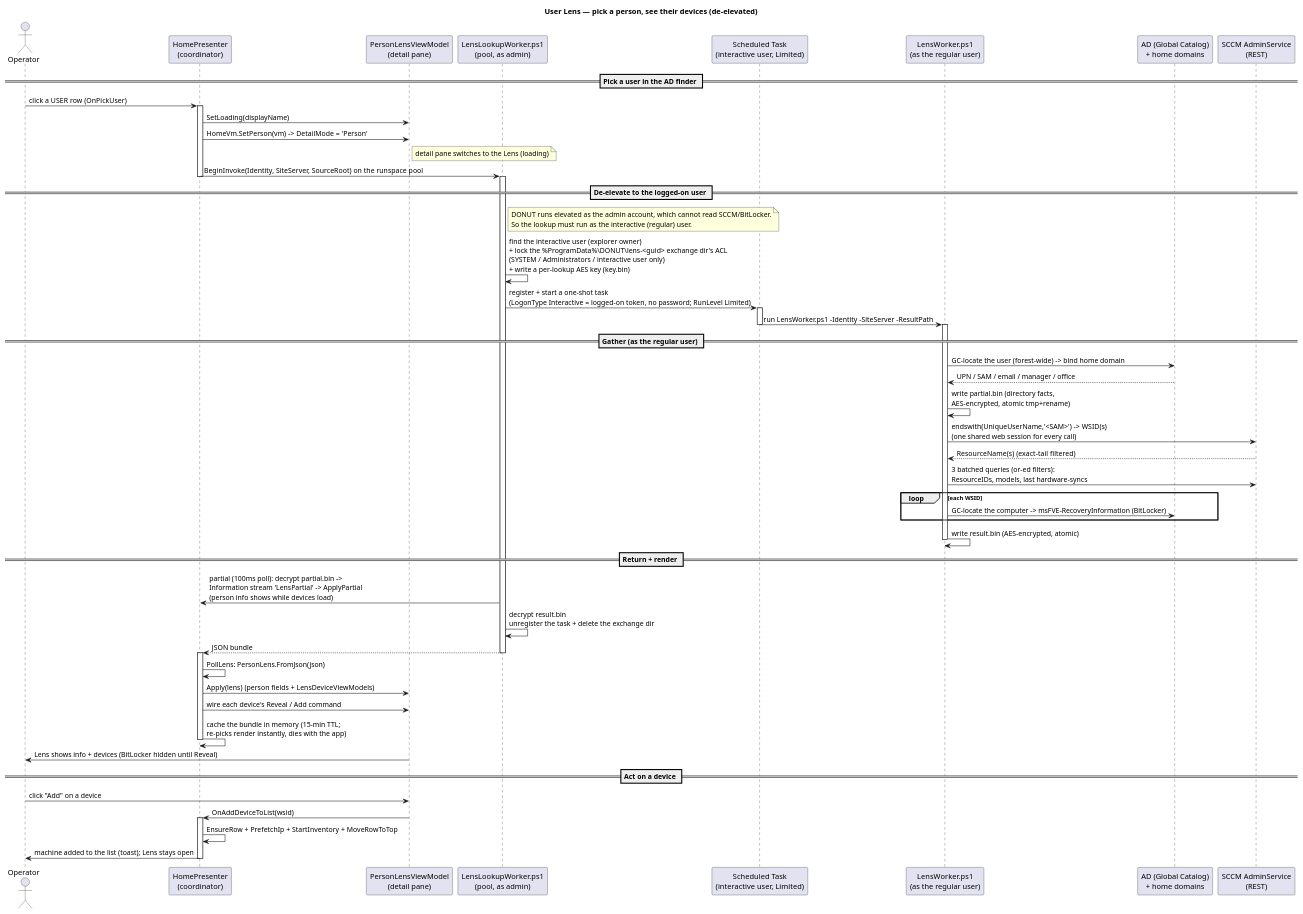
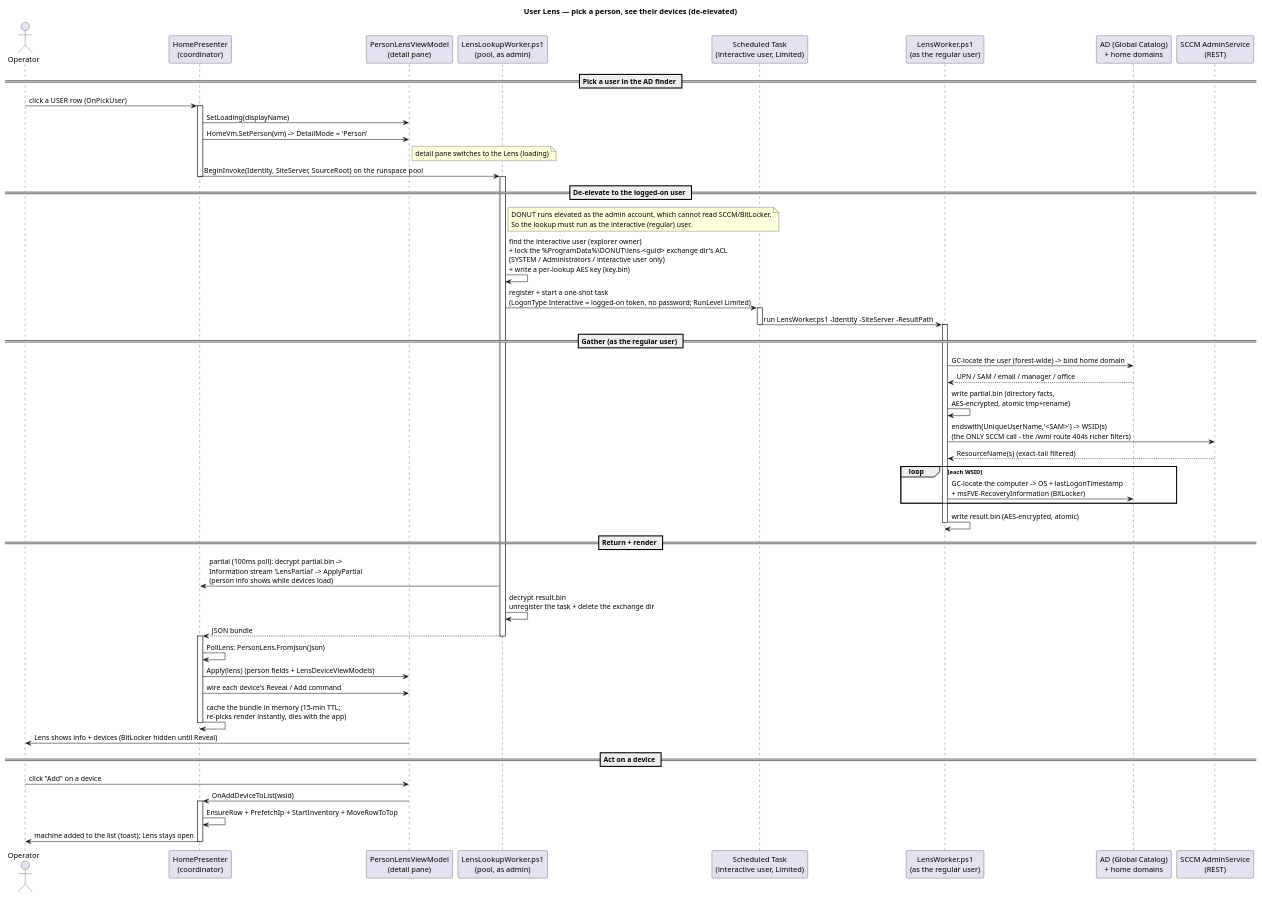
Before and after one commit to Danial-Changez/DONUT: the diagram in docs/diagrams/lens_lookup_sequence_diagram.puml, drawn with PlantUML. The commit also changed 9 other files, not shown here.

First line of the commit message:
Drop SCCM device-detail queries (404) - read OS/last-logon/BitLocker from AD

```diff
--- a/docs/diagrams/lens_lookup_sequence_diagram.puml
+++ b/docs/diagrams/lens_lookup_sequence_diagram.puml
@@ -1,68 +1,67 @@
 @startuml Lens Lookup Sequence Diagram
 title User Lens — pick a person, see their devices (de-elevated)
 
 actor Operator as OP
 participant "HomePresenter\n(coordinator)" as P
 participant "PersonLensViewModel\n(detail pane)" as VM
 participant "LensLookupWorker.ps1\n(pool, as admin)" as PW
 participant "Scheduled Task\n(interactive user, Limited)" as TASK
 participant "LensWorker.ps1\n(as the regular user)" as LW
 participant "AD (Global Catalog)\n+ home domains" as AD
 participant "SCCM AdminService\n(REST)" as SCCM
 
 == Pick a user in the AD finder ==
 OP -> P : click a USER row  (OnPickUser)
 activate P
 P -> VM : SetLoading(displayName)
 P -> VM : HomeVm.SetPerson(vm)  -> DetailMode = 'Person'
 note right of VM : detail pane switches to the Lens (loading)
 P -> PW : BeginInvoke(Identity, SiteServer, SourceRoot)  on the runspace pool
 deactivate P
 
 == De-elevate to the logged-on user ==
 activate PW
 note right of PW
   DONUT runs elevated as the admin account, which cannot read SCCM/BitLocker.
   So the lookup must run as the interactive (regular) user.
 end note
 PW -> PW : find the interactive user (explorer owner)\n+ lock the %ProgramData%\\DONUT\\lens-<guid> exchange dir's ACL\n(SYSTEM / Administrators / interactive user only)\n+ write a per-lookup AES key (key.bin)
 PW -> TASK : register + start a one-shot task\n(LogonType Interactive = logged-on token, no password; RunLevel Limited)
 activate TASK
 TASK -> LW : run LensWorker.ps1 -Identity -SiteServer -ResultPath
 deactivate TASK
 activate LW
 
 == Gather (as the regular user) ==
 LW -> AD : GC-locate the user (forest-wide) -> bind home domain
 AD --> LW : UPN / SAM / email / manager / office
 LW -> LW : write partial.bin (directory facts,\nAES-encrypted, atomic tmp+rename)
-LW -> SCCM : endswith(UniqueUserName,'<SAM>')  -> WSID(s)\n(one shared web session for every call)
+LW -> SCCM : endswith(UniqueUserName,'<SAM>')  -> WSID(s)\n(the ONLY SCCM call - the /wmi route 404s richer filters)
 SCCM --> LW : ResourceName(s)  (exact-tail filtered)
-LW -> SCCM : 3 batched queries (or-ed filters):\nResourceIDs, models, last hardware-syncs
 loop each WSID
-  LW -> AD : GC-locate the computer -> msFVE-RecoveryInformation (BitLocker)
+  LW -> AD : GC-locate the computer -> OS + lastLogonTimestamp\n+ msFVE-RecoveryInformation (BitLocker)
 end
 LW -> LW : write result.bin (AES-encrypted, atomic)
 deactivate LW
 
 == Return + render ==
 PW -> P : partial (100ms poll): decrypt partial.bin ->\nInformation stream 'LensPartial' -> ApplyPartial\n(person info shows while devices load)
 PW -> PW : decrypt result.bin\nunregister the task + delete the exchange dir
 PW --> P : JSON bundle
 deactivate PW
 activate P
 P -> P : PollLens: PersonLens.FromJson(json)
 P -> VM : Apply(lens)  (person fields + LensDeviceViewModels)
 P -> VM : wire each device's Reveal / Add command
 P -> P : cache the bundle in memory (15-min TTL;\nre-picks render instantly, dies with the app)
 deactivate P
 VM -> OP : Lens shows info + devices (BitLocker hidden until Reveal)
 
 == Act on a device ==
 OP -> VM : click "Add" on a device
 VM -> P : OnAddDeviceToList(wsid)
 activate P
 P -> P : EnsureRow + PrefetchIp + StartInventory + MoveRowToTop
 P -> OP : machine added to the list (toast); Lens stays open
 deactivate P
 @enduml
```
